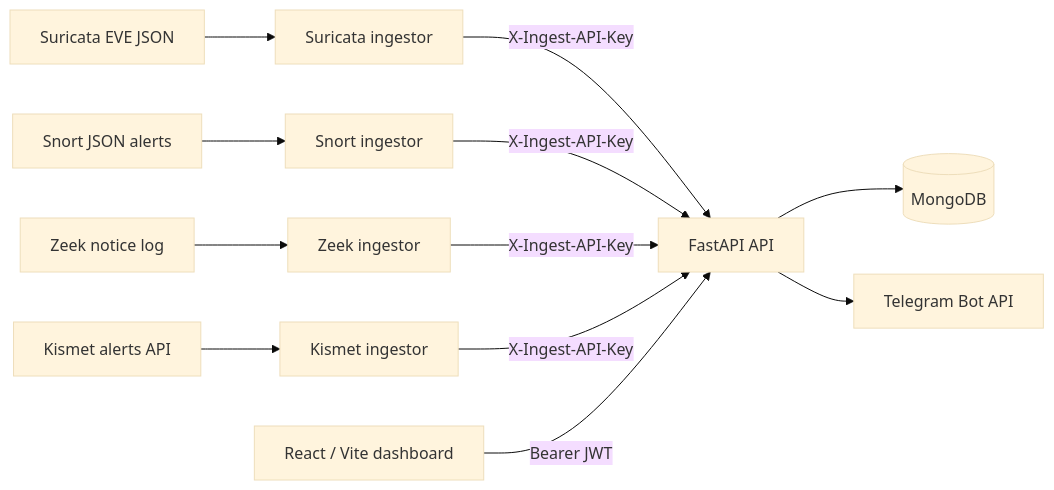
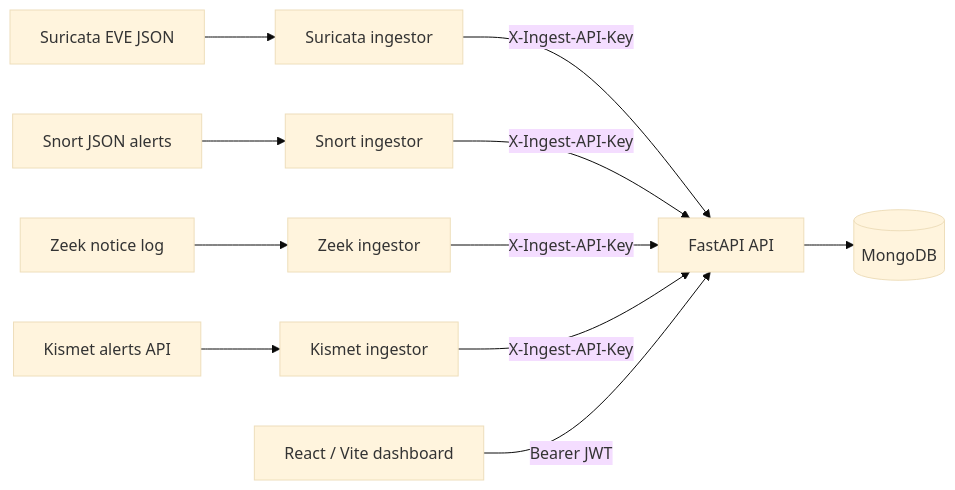
One commit to LongTongg16/intrusight changed the diagram in README.md. Above: the diagram before and after it, drawn with Mermaid (base theme). The commit also changed other lines of this file and 28 other files, not shown here.

````diff
--- a/README.md
+++ b/README.md
@@ -41,11 +77,10 @@
 ```mermaid
 flowchart LR
     S[Suricata EVE JSON] --> SI[Suricata ingestor]
     N[Snort JSON alerts] --> NI[Snort ingestor]
     Z[Zeek notice log] --> ZI[Zeek ingestor]
     K[Kismet alerts API] --> KI[Kismet ingestor]
     SI & NI & ZI & KI -->|X-Ingest-API-Key| API[FastAPI API]
     API --> DB[(MongoDB)]
-    API --> TG[Telegram Bot API]
     UI[React / Vite dashboard] -->|Bearer JWT| API
 ```
````
